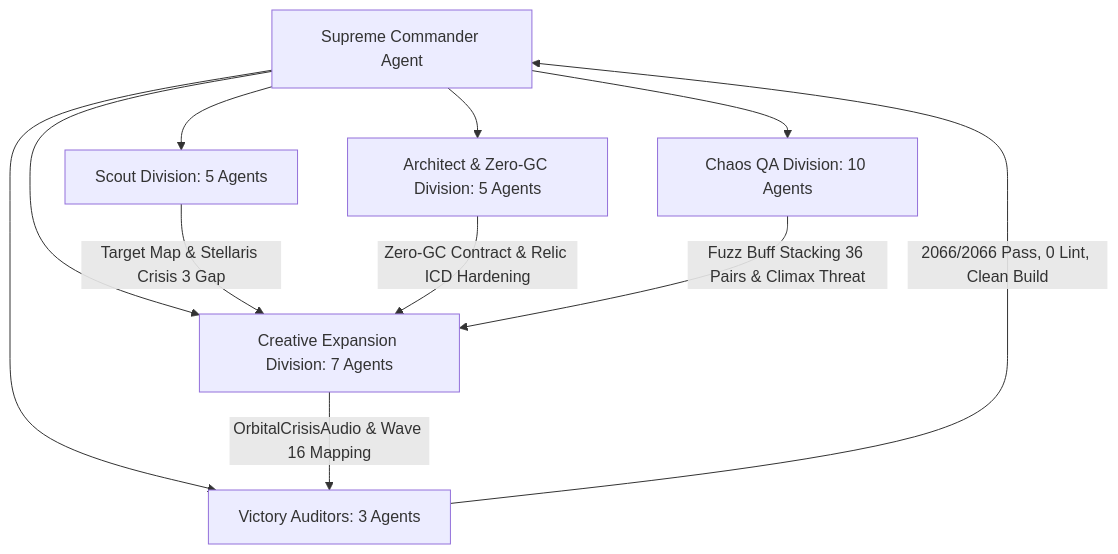
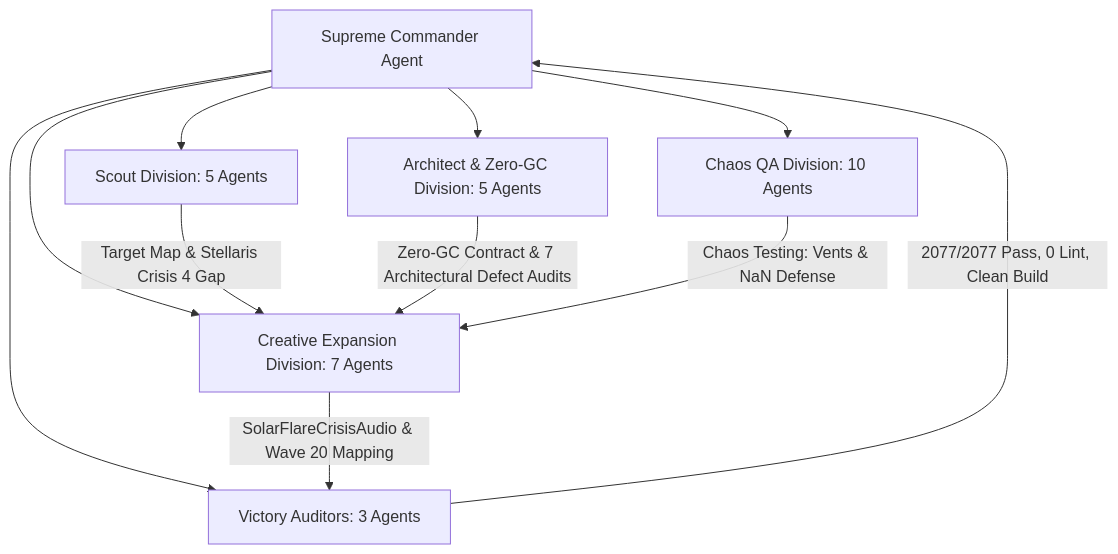
The diagram in DAILY_REPORT.md (LeegwangYeol/bomberman-game), drawn with Mermaid before and after one commit. The commit also changed other lines of this file and 9 other files, not shown here.

````diff
--- a/DAILY_REPORT.md
+++ b/DAILY_REPORT.md
@@ -54,14 +51,14 @@
 ```mermaid
 flowchart TD
     SC[Supreme Commander Agent] --> SD[Scout Division: 5 Agents]
     SC --> AD[Architect & Zero-GC Division: 5 Agents]
     SC --> CQD[Chaos QA Division: 10 Agents]
     SC --> CED[Creative Expansion Division: 7 Agents]
     SC --> VA[Victory Auditors: 3 Agents]
 
-    SD -->|Target Map & Stellaris Crisis 3 Gap| CED
-    AD -->|Zero-GC Contract & Relic ICD Hardening| CED
-    CQD -->|Fuzz Buff Stacking 36 Pairs & Climax Threat| CED
-    CED -->|OrbitalCrisisAudio & Wave 16 Mapping| VA
-    VA -->|2066/2066 Pass, 0 Lint, Clean Build| SC
+    SD -->|Target Map & Stellaris Crisis 4 Gap| CED
+    AD -->|Zero-GC Contract & 7 Architectural Defect Audits| CED
+    CQD -->|Chaos Testing: Vents & NaN Defense| CED
+    CED -->|SolarFlareCrisisAudio & Wave 20 Mapping| VA
+    VA -->|2077/2077 Pass, 0 Lint, Clean Build| SC
 ```
````
